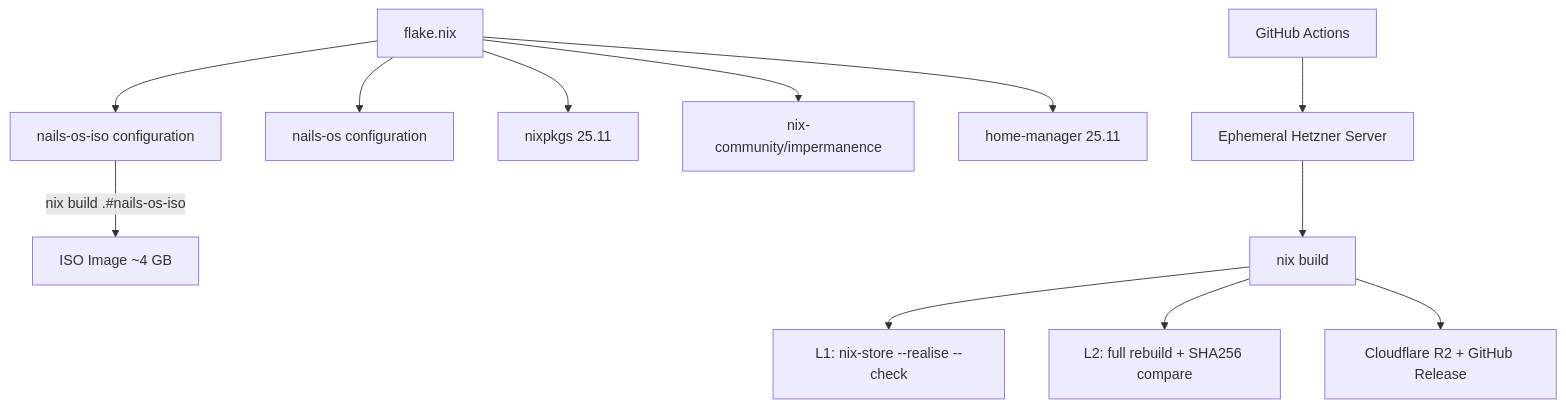
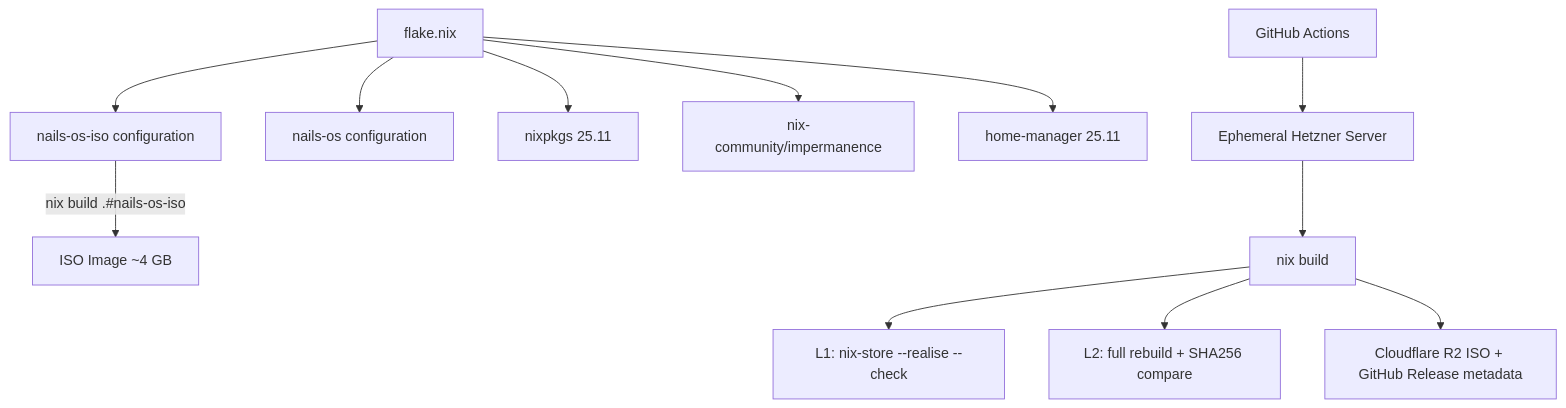
The third of 3 diagrams in docs/ARCHITECTURE.md (WitteShadovv/nails-os), drawn with Mermaid before and after one commit. The commit also changed other lines of this file and 5 other files, not shown here.

````diff
--- a/docs/ARCHITECTURE.md
+++ b/docs/ARCHITECTURE.md
@@ -61,17 +61,17 @@
 ```mermaid
 graph TD
     Flake[flake.nix] --> ISO[nails-os-iso configuration]
     Flake --> Installed[nails-os configuration]
 
     ISO --> |"nix build .#nails-os-iso"| ISOImage[ISO Image ~4 GB]
 
     Flake --> Nixpkgs[nixpkgs 25.11]
     Flake --> Impermanence[nix-community/impermanence]
     Flake --> HM[home-manager 25.11]
 
     CI[GitHub Actions] --> Hetzner[Ephemeral Hetzner Server]
     Hetzner --> Build[nix build]
     Build --> L1["L1: nix-store --realise --check"]
     Build --> L2["L2: full rebuild + SHA256 compare"]
-    Build --> Publish[Cloudflare R2 + GitHub Release]
+    Build --> Publish[Cloudflare R2 ISO + GitHub Release metadata]
 ```
````
